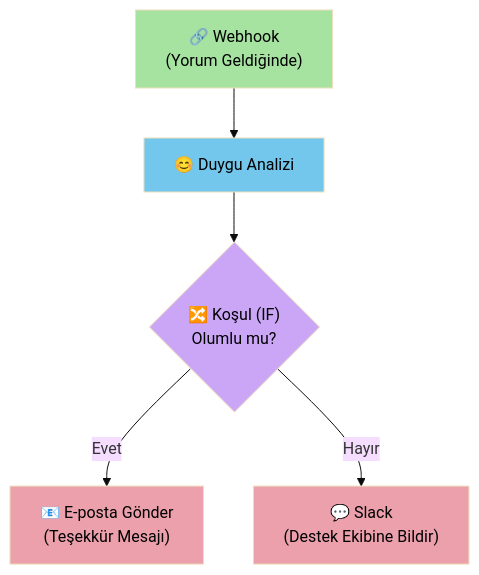
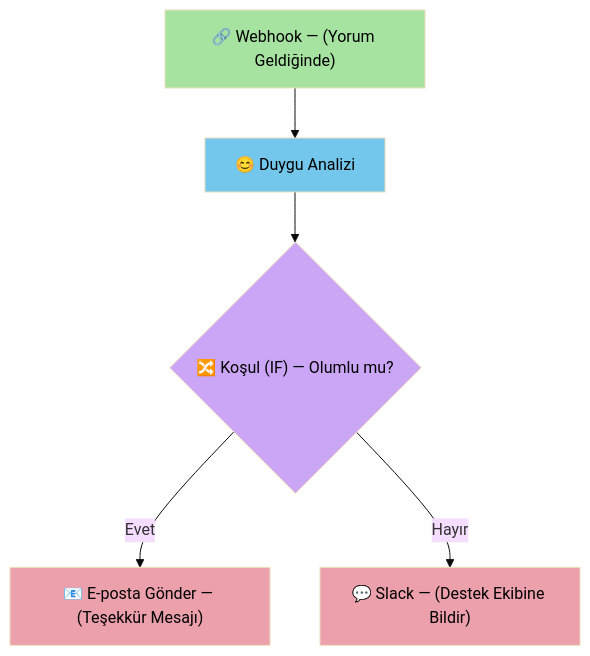
One commit to ahmetsarikaya0696/SonOfAnton changed the third of 6 diagrams in docs/KULLANIM REHBERİ.md. Above: the diagram before and after it, drawn with Mermaid (base theme). The commit also changed other lines of this file and 6 other files, not shown here.

````diff
--- a/docs/KULLANIM REHBERİ.md
+++ b/docs/KULLANIM REHBERİ.md
@@ -383,13 +389,13 @@
 ```mermaid
 graph TD
-    A["🔗 Webhook<br/>(Yorum Geldiğinde)"] --> B["😊 Duygu Analizi"]
-    B --> C{"🔀 Koşul (IF)<br/>Olumlu mu?"}
-    C -- Evet --> D["📧 E-posta Gönder<br/>(Teşekkür Mesajı)"]
-    C -- Hayır --> E["💬 Slack<br/>(Destek Ekibine Bildir)"]
+    A["🔗 Webhook — (Yorum Geldiğinde)"] --> B["😊 Duygu Analizi"]
+    B --> C{"🔀 Koşul (IF) — Olumlu mu?"}
+    C -- Evet --> D["📧 E-posta Gönder — (Teşekkür Mesajı)"]
+    C -- Hayır --> E["💬 Slack — (Destek Ekibine Bildir)"]
 
     style A fill:#a6e3a1,color:#000
     style B fill:#74c7ec,color:#000
     style C fill:#cba6f7,color:#000
     style D fill:#eba0ac,color:#000
     style E fill:#eba0ac,color:#000
 ```
````
